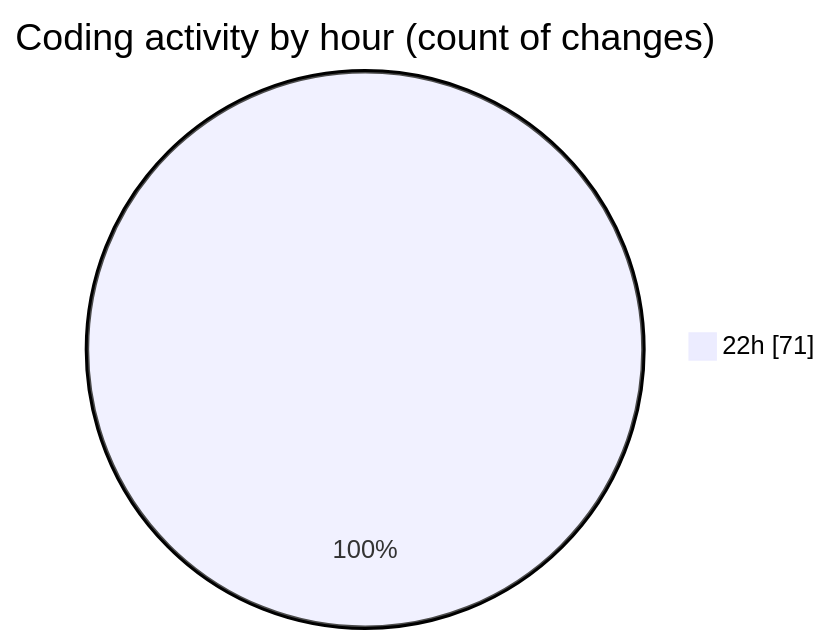
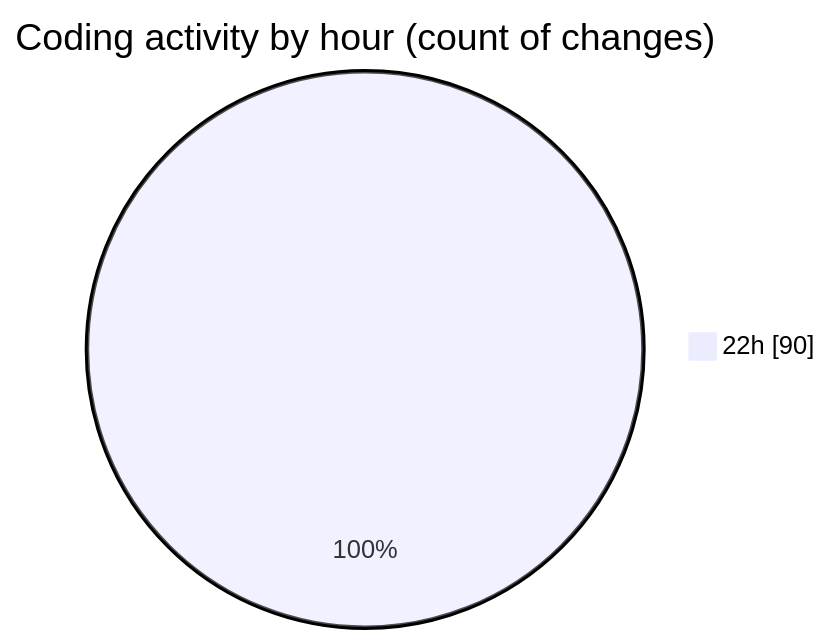
One commit to Ritupan-Deka/code-tracking changed the second of 2 diagrams in 2025-08-01/javascript/README.md. Above: the diagram before and after it, drawn with Mermaid. The commit also changed other lines of this file and 1 other file, not shown here.

````diff
--- a/2025-08-01/javascript/README.md
+++ b/2025-08-01/javascript/README.md
@@ -28,5 +28,5 @@
 ```mermaid
 pie showData
 title Coding activity by hour (count of changes)
-"22h" : 71
+"22h" : 90
 ```
````
